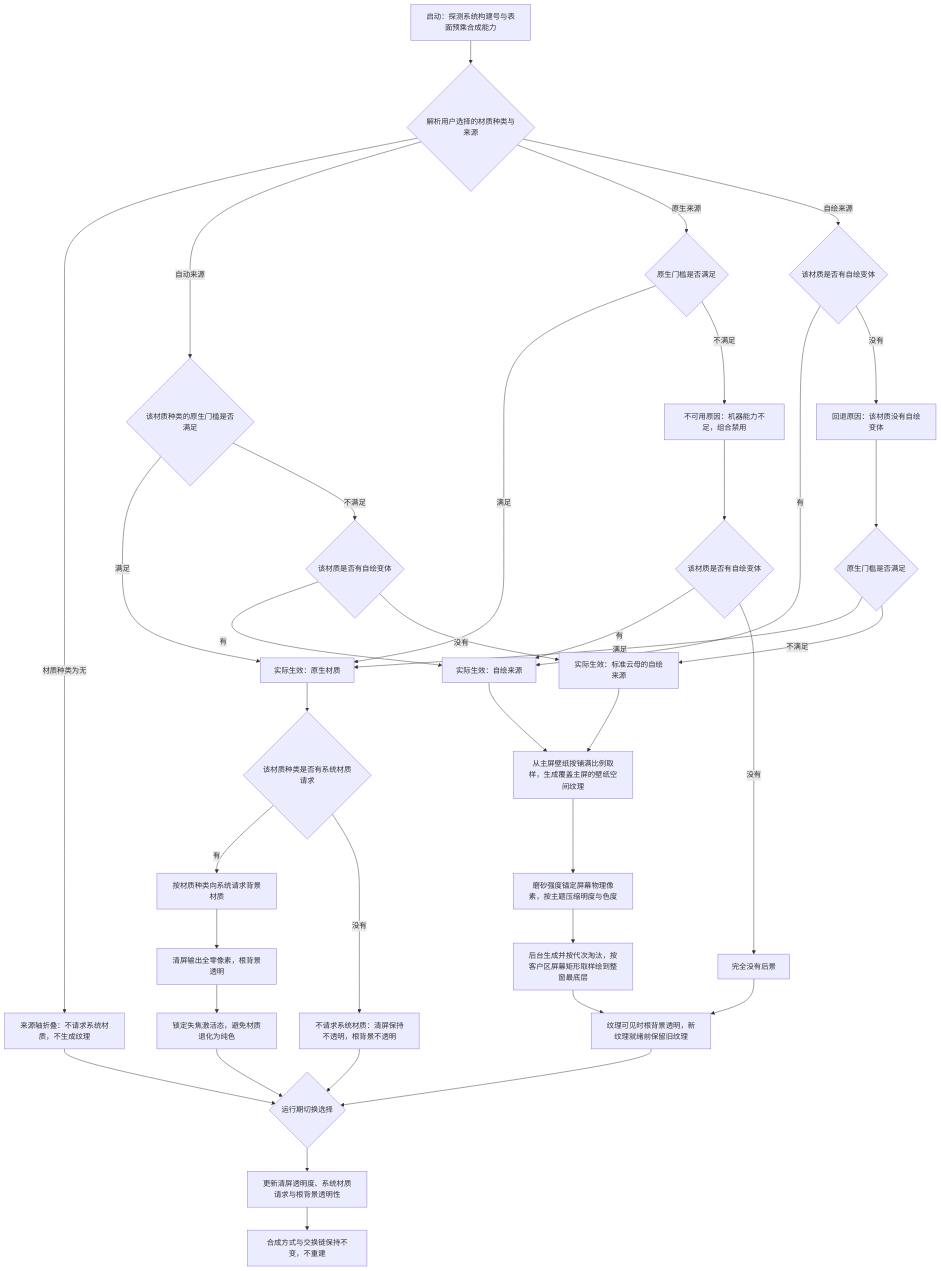
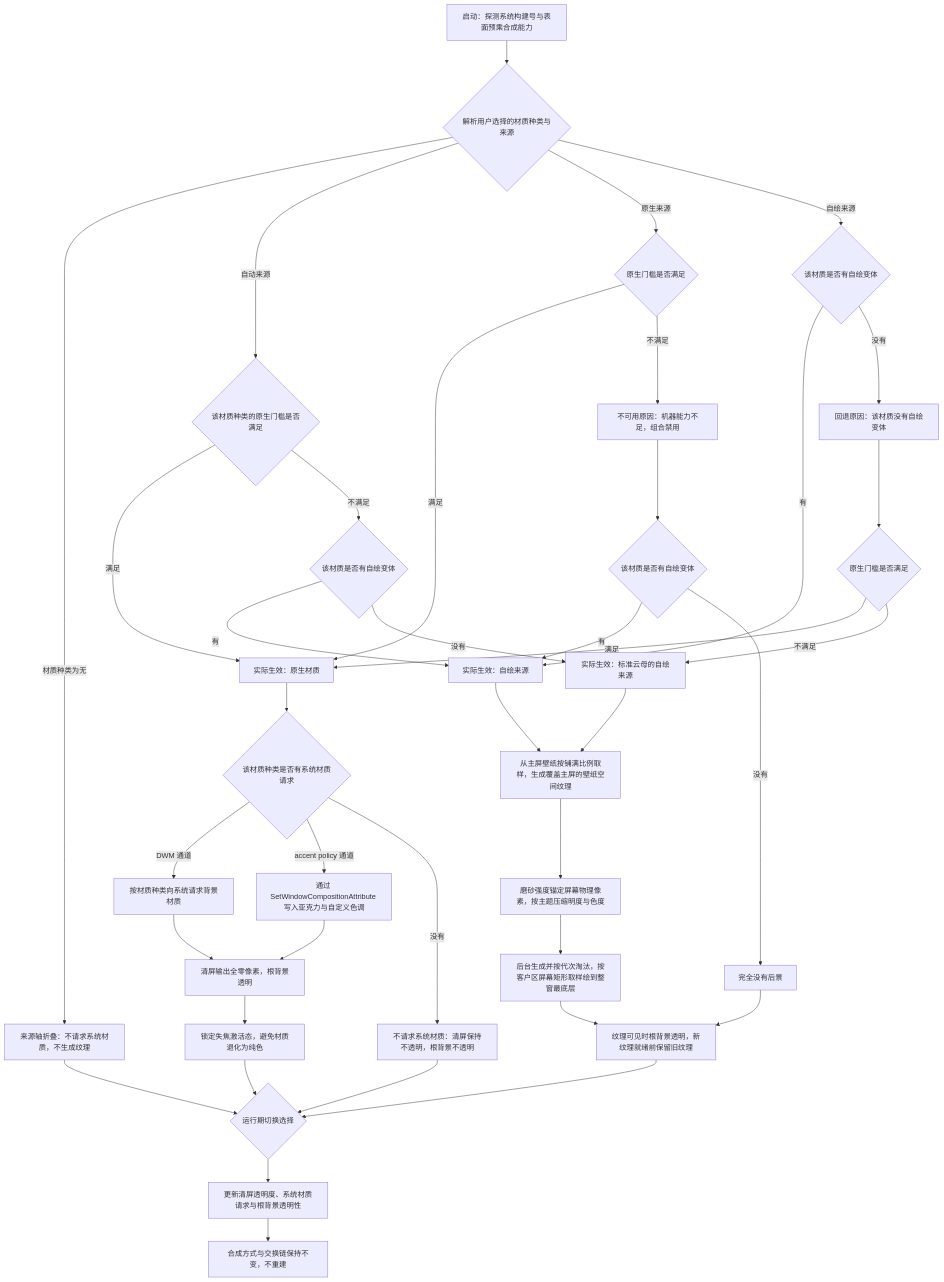
Before and after one commit to pengjiaxusz/unbound-ui: the second of 4 diagrams in docs/architecture/03-扩展系统（subsystems）/平台与窗口集成（platform-integration）.md, drawn with Mermaid. The commit also changed other lines of this file and 20 other files, not shown here.

````diff
--- a/docs/architecture/03-扩展系统（subsystems）/平台与窗口集成（platform-integration）.md
+++ b/docs/architecture/03-扩展系统（subsystems）/平台与窗口集成（platform-integration）.md
@@ -43,46 +43,48 @@
 ```mermaid
 flowchart TB
     Start["启动：探测系统构建号与表面预乘合成能力"] --> Choose{"解析用户选择的材质种类与来源"}
     Choose -- "材质种类为无" --> Off["来源轴折叠：不请求系统材质，不生成纹理"]
 
     Choose -- "自动来源" --> AutoGate{"该材质种类的原生门槛是否满足"}
     AutoGate -- "满足" --> Native["实际生效：原生材质"]
     AutoGate -- "不满足" --> AutoVariant{"该材质是否有自绘变体"}
     AutoVariant -- "有" --> Self["实际生效：自绘来源"]
     AutoVariant -- "没有" --> MicaSelf["实际生效：标准云母的自绘来源"]
 
     Choose -- "原生来源" --> NativeGate{"原生门槛是否满足"}
     NativeGate -- "满足" --> Native
     NativeGate -- "不满足" --> Unavailable["不可用原因：机器能力不足，组合禁用"]
     Unavailable --> NativeVariant{"该材质是否有自绘变体"}
     NativeVariant -- "有" --> Self
     NativeVariant -- "没有" --> NoBackdrop["完全没有后景"]
 
     Choose -- "自绘来源" --> SelfVariant{"该材质是否有自绘变体"}
     SelfVariant -- "有" --> Self
     SelfVariant -- "没有" --> Fallback["回退原因：该材质没有自绘变体"]
     Fallback --> FallbackGate{"原生门槛是否满足"}
     FallbackGate -- "满足" --> Native
     FallbackGate -- "不满足" --> MicaSelf
 
     Native --> N0{"该材质种类是否有系统材质请求"}
-    N0 -- "有" --> N1["按材质种类向系统请求背景材质"]
+    N0 -- "DWM 通道" --> N1["按材质种类向系统请求背景材质"]
+    N0 -- "accent policy 通道" --> N1A["通过 SetWindowCompositionAttribute 写入亚克力与自定义色调"]
     N1 --> N2["清屏输出全零像素，根背景透明"]
+    N1A --> N2
     N2 --> N3["锁定失焦激活态，避免材质退化为纯色"]
     N0 -- "没有" --> N4["不请求系统材质：清屏保持不透明，根背景不透明"]
     N4 --> Switch
 
     Self --> S1["从主屏壁纸按铺满比例取样，生成覆盖主屏的壁纸空间纹理"]
     S1 --> S2["磨砂强度锚定屏幕物理像素，按主题压缩明度与色度"]
     S2 --> S3["后台生成并按代次淘汰，按客户区屏幕矩形取样绘到整窗最底层"]
     S3 --> S4["纹理可见时根背景透明，新纹理就绪前保留旧纹理"]
 
     MicaSelf --> S1
     NoBackdrop --> S4
 
     S4 --> Switch{"运行期切换选择"}
     N3 --> Switch
     Off --> Switch
     Switch --> Apply["更新清屏透明度、系统材质请求与根背景透明性"]
     Apply --> Keep["合成方式与交换链保持不变，不重建"]
 ```
````
